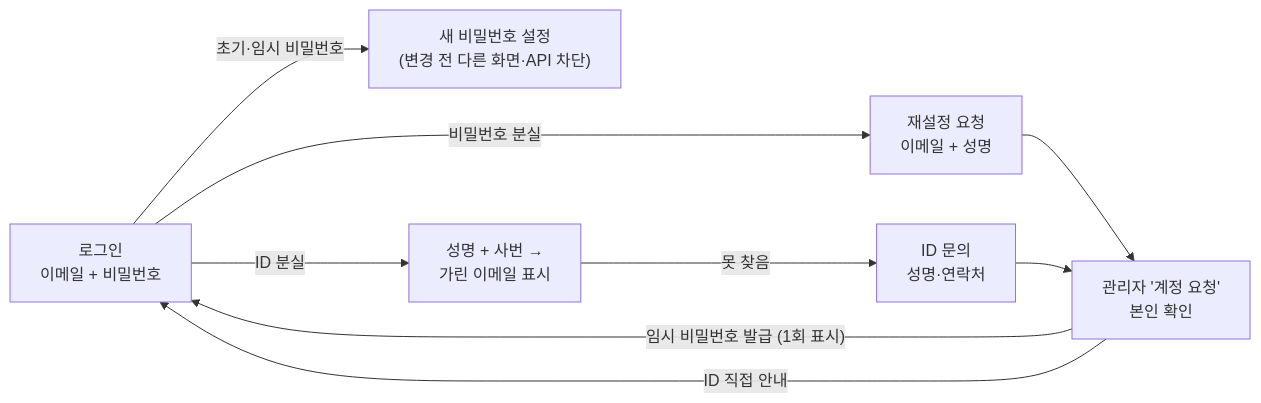
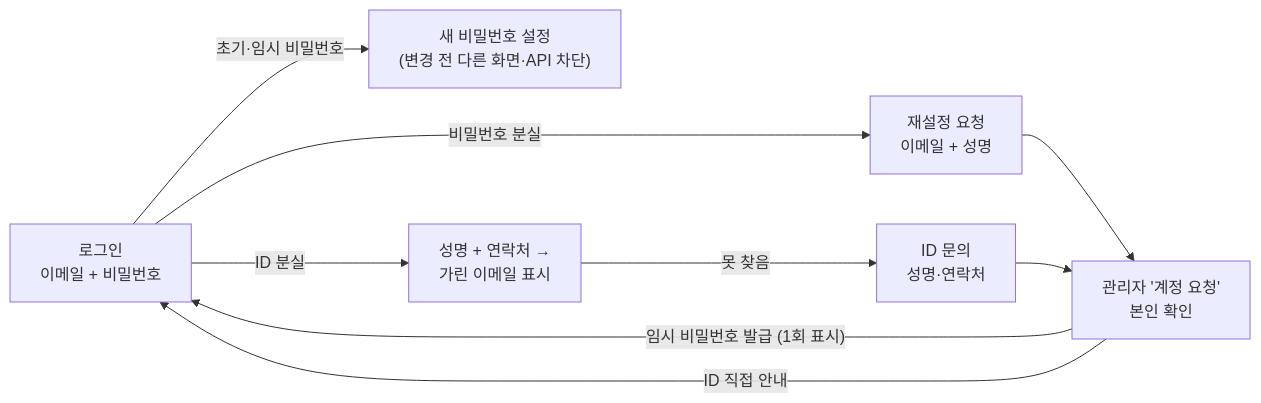
The second of 15 diagrams in SM_SI_인력관리시스템_명세서.md (toddkim-rgb/BT_HRM), drawn with Mermaid before and after one commit. The commit also changed other lines of this file and 10 other files, not shown here.

````diff
--- a/SM_SI_인력관리시스템_명세서.md
+++ b/SM_SI_인력관리시스템_명세서.md
@@ -103,11 +103,11 @@
 ```mermaid
 flowchart LR
   L["로그인<br/>이메일 + 비밀번호"] -->|"초기·임시 비밀번호"| C["새 비밀번호 설정<br/>(변경 전 다른 화면·API 차단)"]
   L -->|"비밀번호 분실"| R["재설정 요청<br/>이메일 + 성명"]
-  L -->|"ID 분실"| I["성명 + 사번 →<br/>가린 이메일 표시"]
+  L -->|"ID 분실"| I["성명 + 연락처 →<br/>가린 이메일 표시"]
   I -->|"못 찾음"| Q["ID 문의<br/>성명·연락처"]
   R --> A["관리자 '계정 요청'<br/>본인 확인"]
   Q --> A
   A -->|"임시 비밀번호 발급 (1회 표시)"| L
   A -->|"ID 직접 안내"| L
 ```
````
